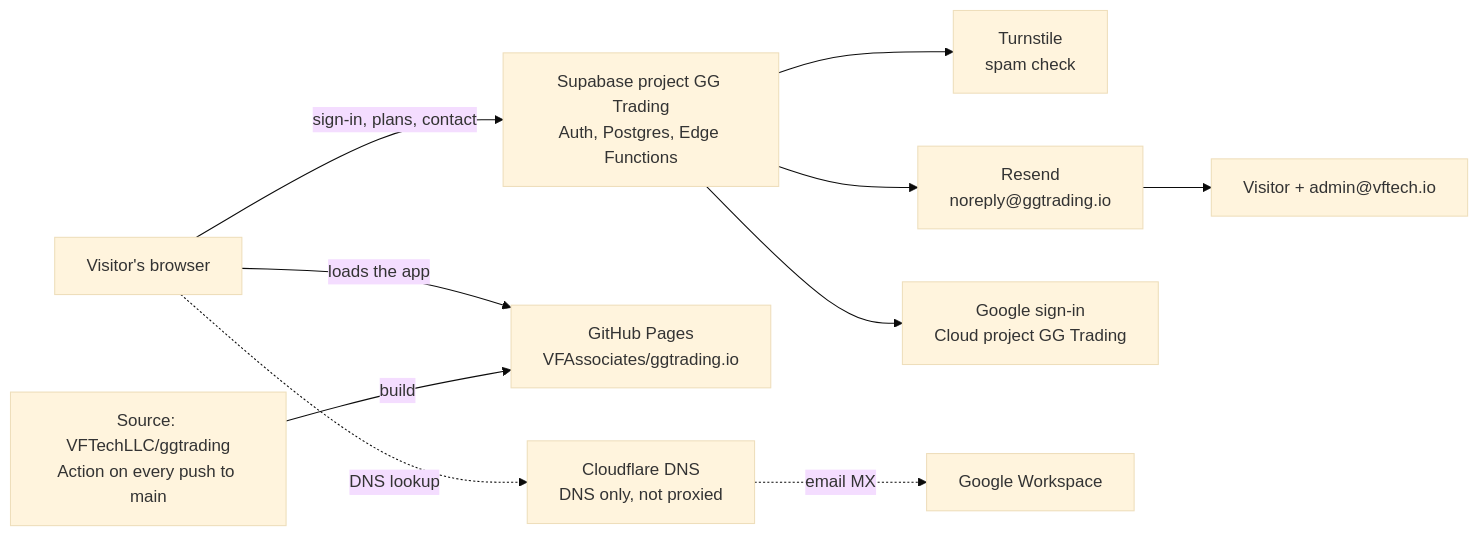
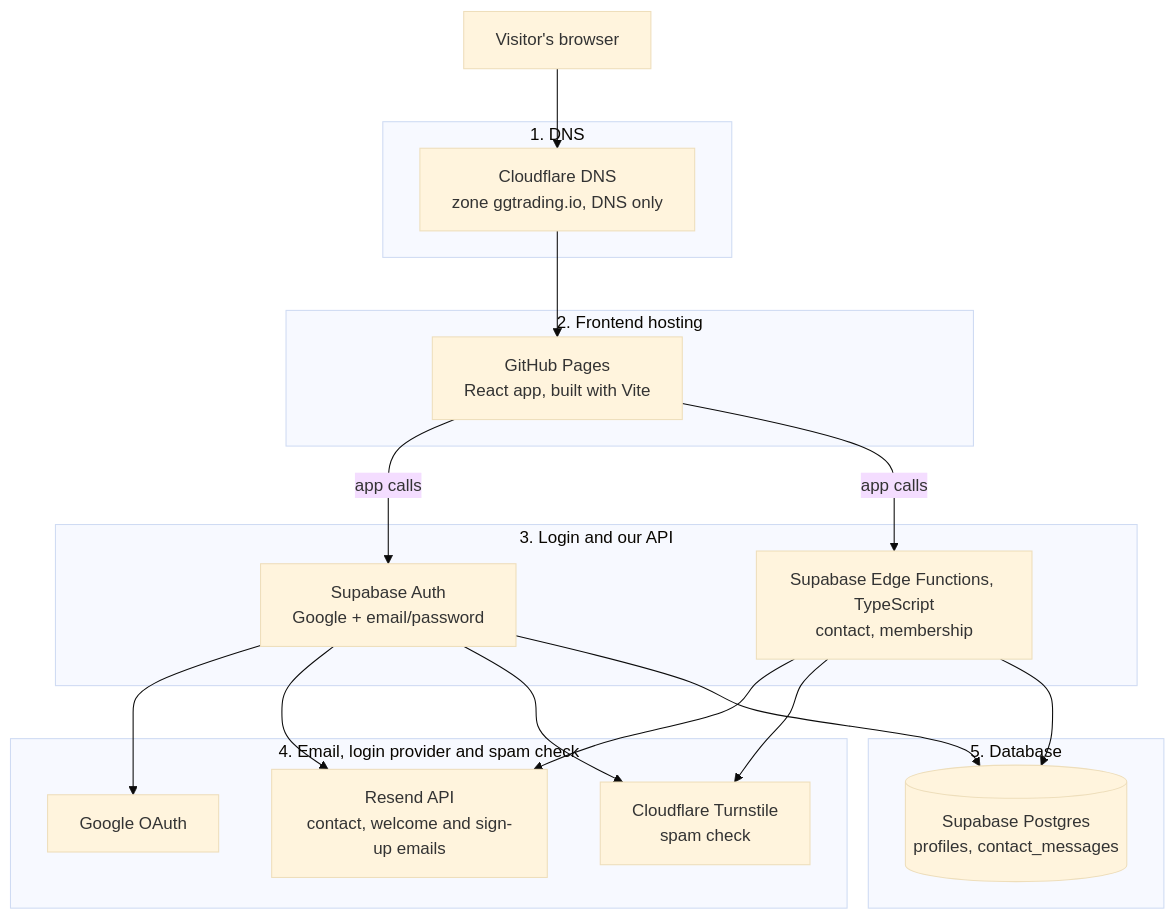
Before and after one commit to VFAssociates/ggtrading: the diagram in docs/ARCHITECTURE.md, drawn with Mermaid (base theme). The commit also changed other lines of this file, not shown here.

Commit message:
Architecture doc: layered tech stack (DNS, hosting, API, email/login, database)

````diff
--- a/docs/ARCHITECTURE.md
+++ b/docs/ARCHITECTURE.md
@@ -9,12 +11,33 @@
 ```mermaid
-flowchart LR
-  V["Visitor's browser"] -. "DNS lookup" .-> CF["Cloudflare DNS<br/>DNS only, not proxied"]
-  V -- "loads the app" --> GP["GitHub Pages<br/>VFAssociates/ggtrading.io"]
-  SRC["Source: VFTechLLC/ggtrading<br/>Action on every push to main"] -- build --> GP
-  V -- "sign-in, plans, contact" --> SB["Supabase project GG Trading<br/>Auth, Postgres, Edge Functions"]
-  SB --> TS["Turnstile<br/>spam check"]
-  SB --> RS["Resend<br/>noreply@ggtrading.io"]
-  SB --> GG["Google sign-in<br/>Cloud project GG Trading"]
-  RS --> IN["Visitor + admin@vftech.io"]
-  CF -. "email MX" .-> GW["Google Workspace"]
+flowchart TB
+  U["Visitor's browser"]
+  subgraph L1["1. DNS"]
+    DNS["Cloudflare DNS<br/>zone ggtrading.io, DNS only"]
+  end
+  subgraph L2["2. Frontend hosting"]
+    GP["GitHub Pages<br/>React app, built with Vite"]
+  end
+  subgraph L3["3. Login and our API"]
+    AU["Supabase Auth<br/>Google + email/password"]
+    EF["Supabase Edge Functions, TypeScript<br/>contact, membership"]
+  end
+  subgraph L4["4. Email, login provider and spam check"]
+    RS["Resend API<br/>contact, welcome and sign-up emails"]
+    GO["Google OAuth"]
+    TS["Cloudflare Turnstile<br/>spam check"]
+  end
+  subgraph L5["5. Database"]
+    PG[("Supabase Postgres<br/>profiles, contact_messages")]
+  end
+  U --> DNS
+  DNS --> GP
+  GP -- "app calls" --> AU
+  GP -- "app calls" --> EF
+  AU --> GO
+  AU --> RS
+  AU --> TS
+  EF --> RS
+  EF --> TS
+  AU --> PG
+  EF --> PG
 ```
````
